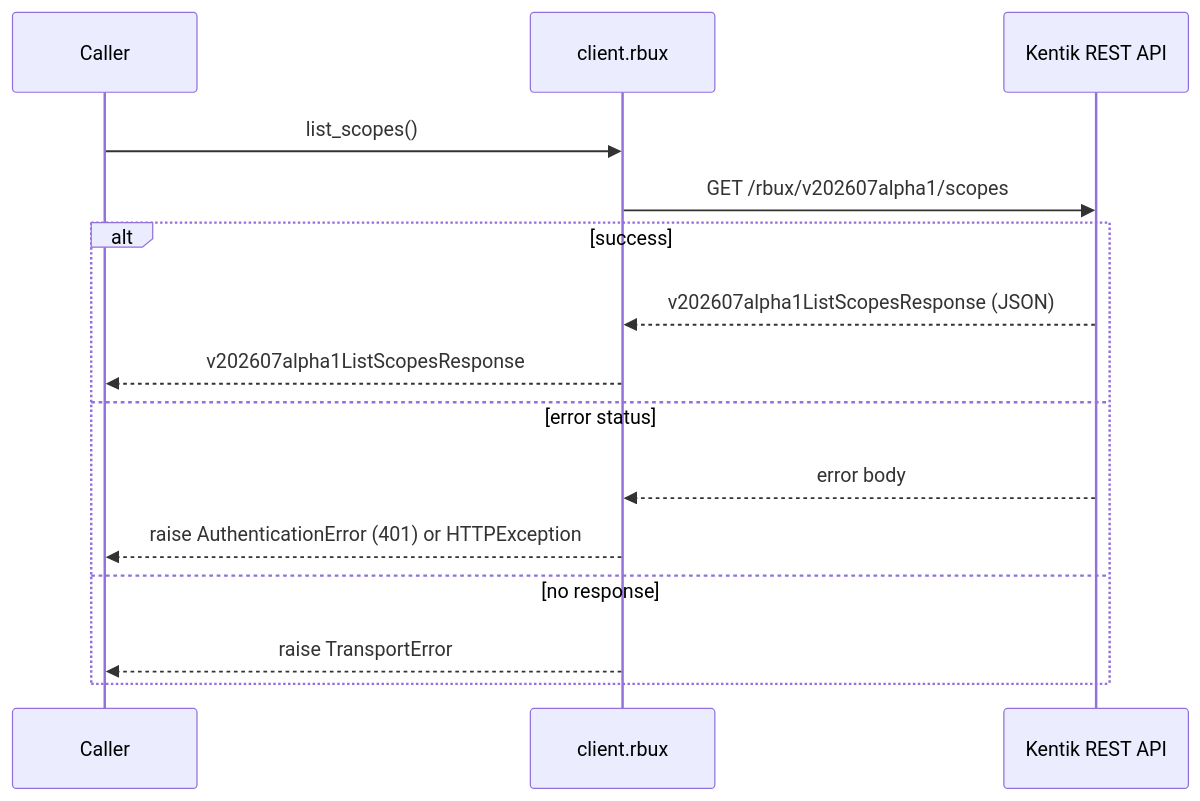
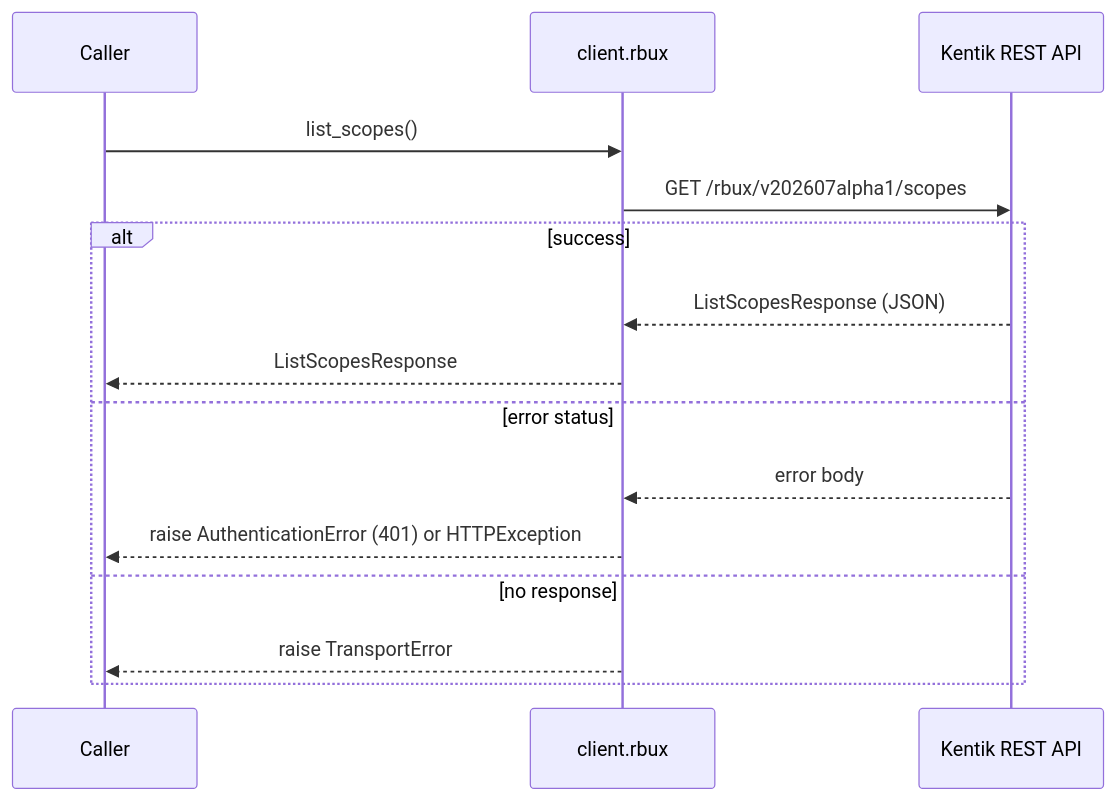
One commit to alexdearaujo/community_sdk_python changed the second of 12 diagrams in docs/sphinx/services/rbux.md. Above: the diagram before and after it, drawn with Mermaid. The commit also changed other lines of this file and 38 other files, not shown here.

````diff
--- a/docs/sphinx/services/rbux.md
+++ b/docs/sphinx/services/rbux.md
@@ -38,18 +38,18 @@
 ```mermaid
 sequenceDiagram
     participant C as Caller
     participant W as client.rbux
     participant API as Kentik REST API
 
     C->>W: list_scopes()
     W->>API: GET /rbux/v202607alpha1/scopes
     alt success
-        API-->>W: v202607alpha1ListScopesResponse (JSON)
-        W-->>C: v202607alpha1ListScopesResponse
+        API-->>W: ListScopesResponse (JSON)
+        W-->>C: ListScopesResponse
     else error status
         API-->>W: error body
         W-->>C: raise AuthenticationError (401) or HTTPException
     else no response
         W-->>C: raise TransportError
     end
 ```
````
